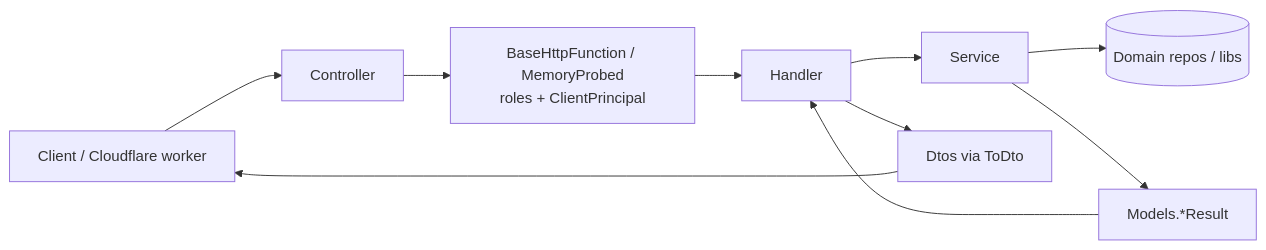
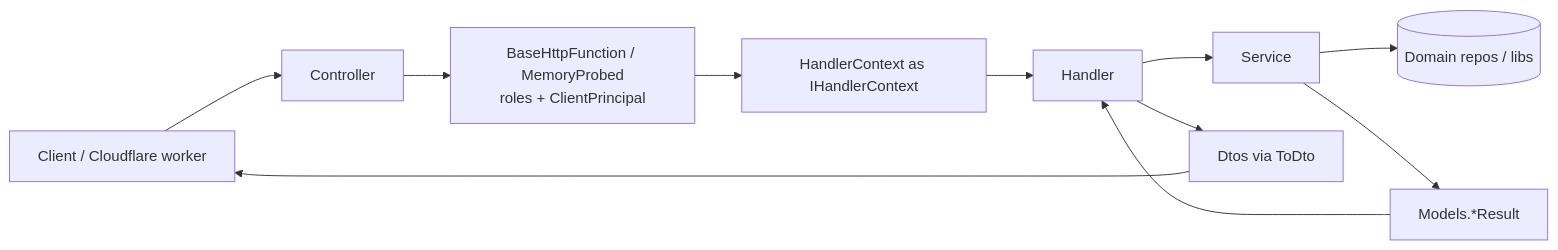
The diagram in Cloud/Api/architecture.md (cultpodcasts/RedditPodcastPoster), drawn with Mermaid before and after one commit. The commit also changed other lines of this file and 61 other files, not shown here.

First line of the commit message:
refactor(api): introduce IHandlerContext for handler HTTP edge

````diff
--- a/Cloud/Api/architecture.md
+++ b/Cloud/Api/architecture.md
@@ -27,15 +28,16 @@
 ```mermaid
 flowchart LR
     Client[Client / Cloudflare worker]
     Ctrl[Controller]
     Auth[BaseHttpFunction / MemoryProbed<br/>roles + ClientPrincipal]
+    Ctx[HandlerContext as IHandlerContext]
     H[Handler]
     S[Service]
     Dom[(Domain repos / libs)]
     M[Models.*Result]
     D[Dtos via ToDto]
 
-    Client --> Ctrl --> Auth --> H --> S --> Dom
+    Client --> Ctrl --> Auth --> Ctx --> H --> S --> Dom
     S --> M --> H
     H --> D --> Client
 ```
````
